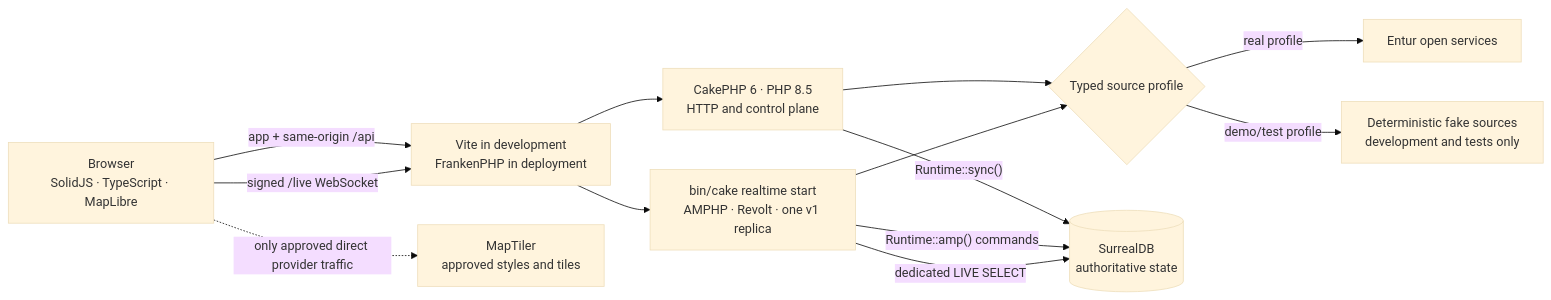
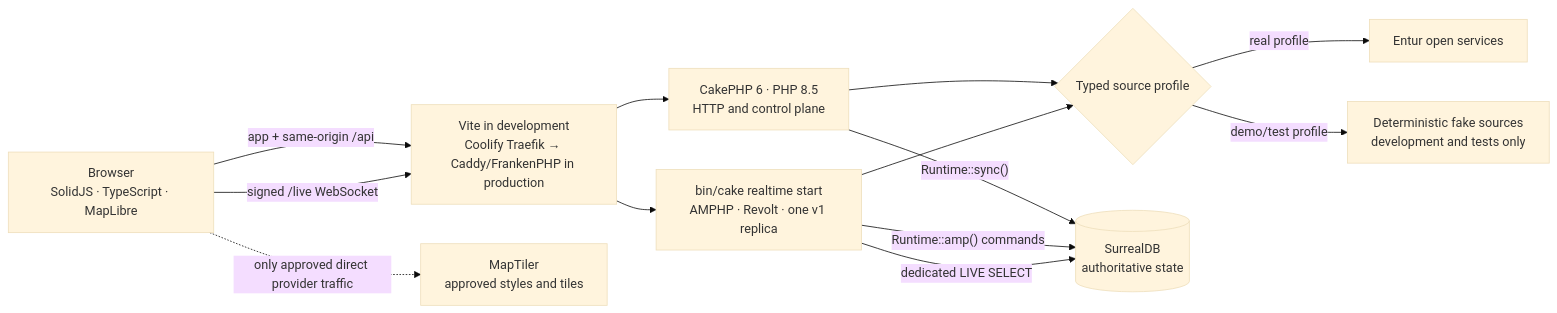
One commit to MartinKavik/FjordPulse changed the first of 2 diagrams in README.md. Above: the diagram before and after it, drawn with Mermaid (base theme). The commit also changed other lines of this file and 6 other files, not shown here.

````diff
--- a/README.md
+++ b/README.md
@@ -146,25 +147,25 @@
 ```mermaid
 flowchart LR
     Browser["Browser<br/>SolidJS · TypeScript · MapLibre"]
-    Edge["Vite in development<br/>FrankenPHP in deployment"]
+    Edge["Vite in development<br/>Coolify Traefik → Caddy/FrankenPHP in production"]
     HTTP["CakePHP 6 · PHP 8.5<br/>HTTP and control plane"]
     RT["bin/cake realtime start<br/>AMPHP · Revolt · one v1 replica"]
     Source{"Typed source profile"}
     Entur["Entur open services"]
     Fake["Deterministic fake sources<br/>development and tests only"]
     DB[("SurrealDB<br/>authoritative state")]
     Tiles["MapTiler<br/>approved styles and tiles"]
 
     Browser -->|"app + same-origin /api"| Edge
     Browser -->|"signed /live WebSocket"| Edge
     Edge --> HTTP
     Edge --> RT
     HTTP -->|"Runtime::sync()"| DB
     RT -->|"Runtime::amp() commands"| DB
     RT -->|"dedicated LIVE SELECT"| DB
     HTTP --> Source
     RT --> Source
     Source -->|"real profile"| Entur
     Source -->|"demo/test profile"| Fake
     Browser -.->|"only approved direct provider traffic"| Tiles
 ```
````
